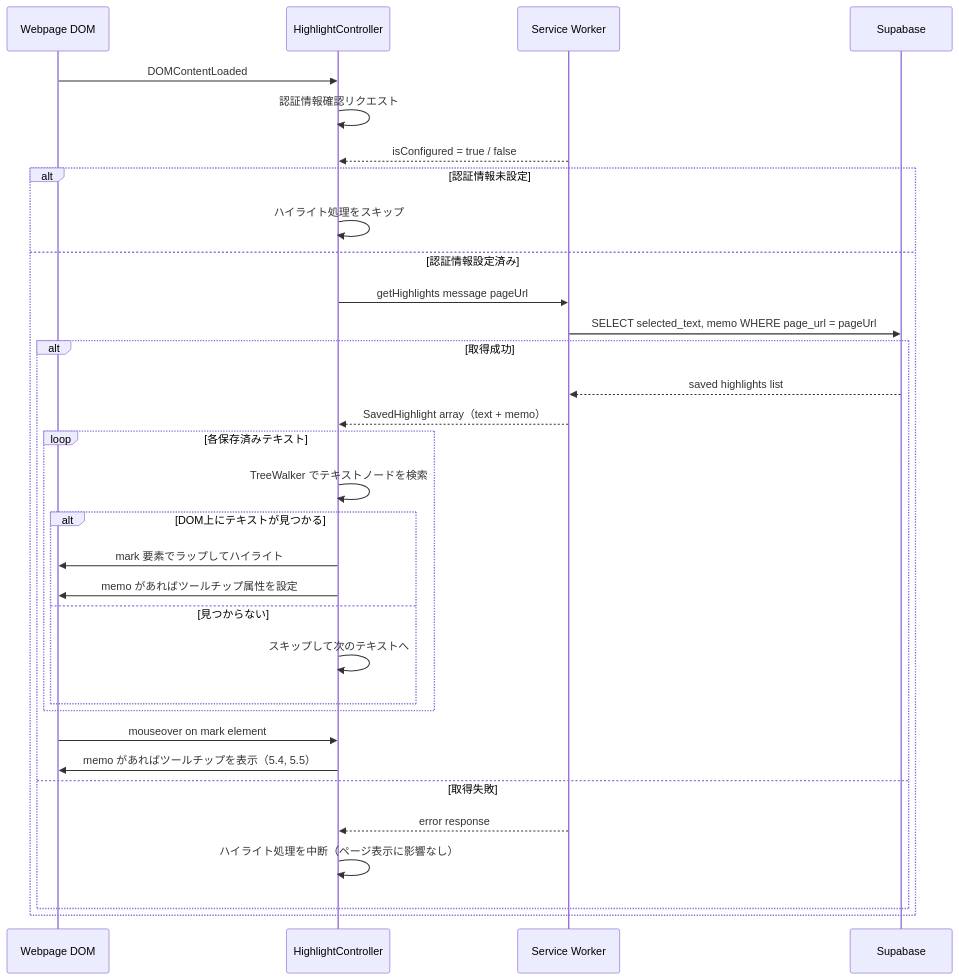
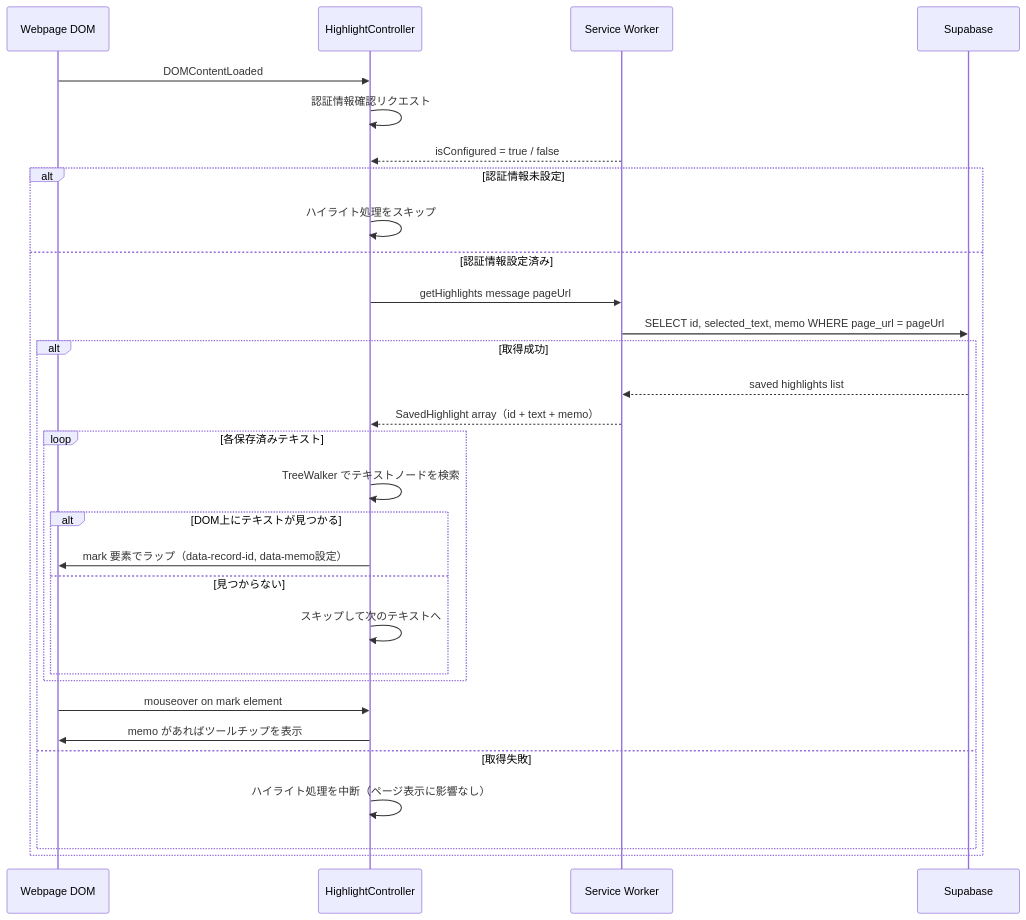
The third of 4 diagrams in .kiro/specs/reading-support/design.md (ryu-sato/reading-web-supporter), drawn with Mermaid before and after one commit. The commit also changed other lines of this file and 2 other files, not shown here.

First line of the commit message:
feat: Enhance highlight functionality with edit/delete features and security improvements

````diff
--- a/.kiro/specs/reading-support/design.md
+++ b/.kiro/specs/reading-support/design.md
@@ -255,37 +273,35 @@
 ```mermaid
 sequenceDiagram
     participant Page as Webpage DOM
     participant HC as HighlightController
     participant SW as Service Worker
     participant SB as Supabase
 
     Page->>HC: DOMContentLoaded
     HC->>HC: 認証情報確認リクエスト
     SW-->>HC: isConfigured = true / false
 
     alt 認証情報未設定
         HC->>HC: ハイライト処理をスキップ
     else 認証情報設定済み
         HC->>SW: getHighlights message pageUrl
-        SW->>SB: SELECT selected_text, memo WHERE page_url = pageUrl
+        SW->>SB: SELECT id, selected_text, memo WHERE page_url = pageUrl
 
         alt 取得成功
             SB-->>SW: saved highlights list
-            SW-->>HC: SavedHighlight array（text + memo）
+            SW-->>HC: SavedHighlight array（id + text + memo）
             loop 各保存済みテキスト
                 HC->>HC: TreeWalker でテキストノードを検索
                 alt DOM上にテキストが見つかる
-                    HC->>Page: mark 要素でラップしてハイライト
-                    HC->>Page: memo があればツールチップ属性を設定
+                    HC->>Page: mark 要素でラップ（data-record-id, data-memo設定）
                 else 見つからない
                     HC->>HC: スキップして次のテキストへ
                 end
             end
             Page->>HC: mouseover on mark element
-            HC->>Page: memo があればツールチップを表示（5.4, 5.5）
+            HC->>Page: memo があればツールチップを表示
         else 取得失敗
-            SW-->>HC: error response
             HC->>HC: ハイライト処理を中断（ページ表示に影響なし）
         end
     end
 ```
````
